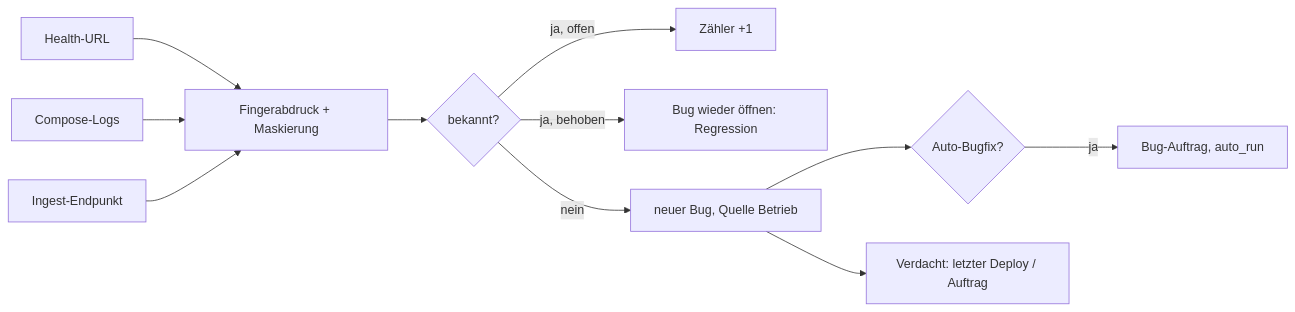
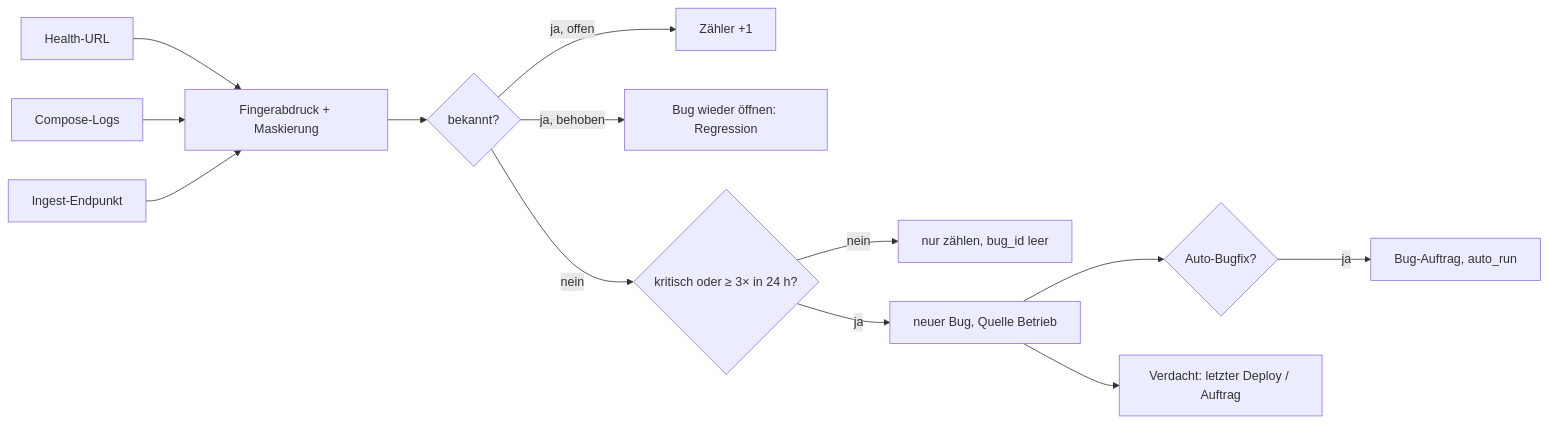
The diagram in docs/ideen/05-produktions-rueckkanal.md (zaaaazzy/AutoDEV), drawn with Mermaid before and after one commit. The commit also changed other lines of this file and 7 other files, not shown here.

````diff
--- a/docs/ideen/05-produktions-rueckkanal.md
+++ b/docs/ideen/05-produktions-rueckkanal.md
@@ -35,13 +35,15 @@
 ```mermaid
 flowchart LR
   H[Health-URL] --> F[Fingerabdruck + Maskierung]
   L[Compose-Logs] --> F
   G[Ingest-Endpunkt] --> F
   F --> K{bekannt?}
   K -- ja, offen --> Z[Zähler +1]
   K -- ja, behoben --> R[Bug wieder öffnen: Regression]
-  K -- nein --> B[neuer Bug, Quelle Betrieb]
+  K -- nein --> S{kritisch oder ≥ 3× in 24 h?}
+  S -- nein --> N[nur zählen, bug_id leer]
+  S -- ja --> B[neuer Bug, Quelle Betrieb]
   B --> A{Auto-Bugfix?}
   A -- ja --> O[Bug-Auftrag, auto_run]
   B --> D[Verdacht: letzter Deploy / Auftrag]
 ```
````
